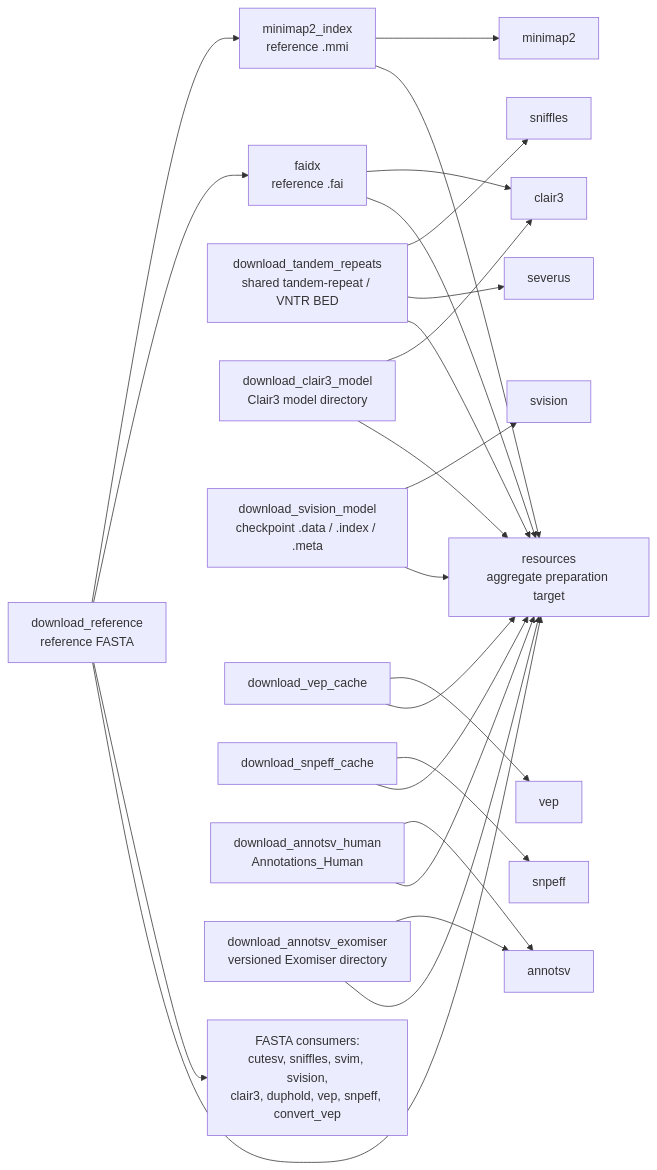
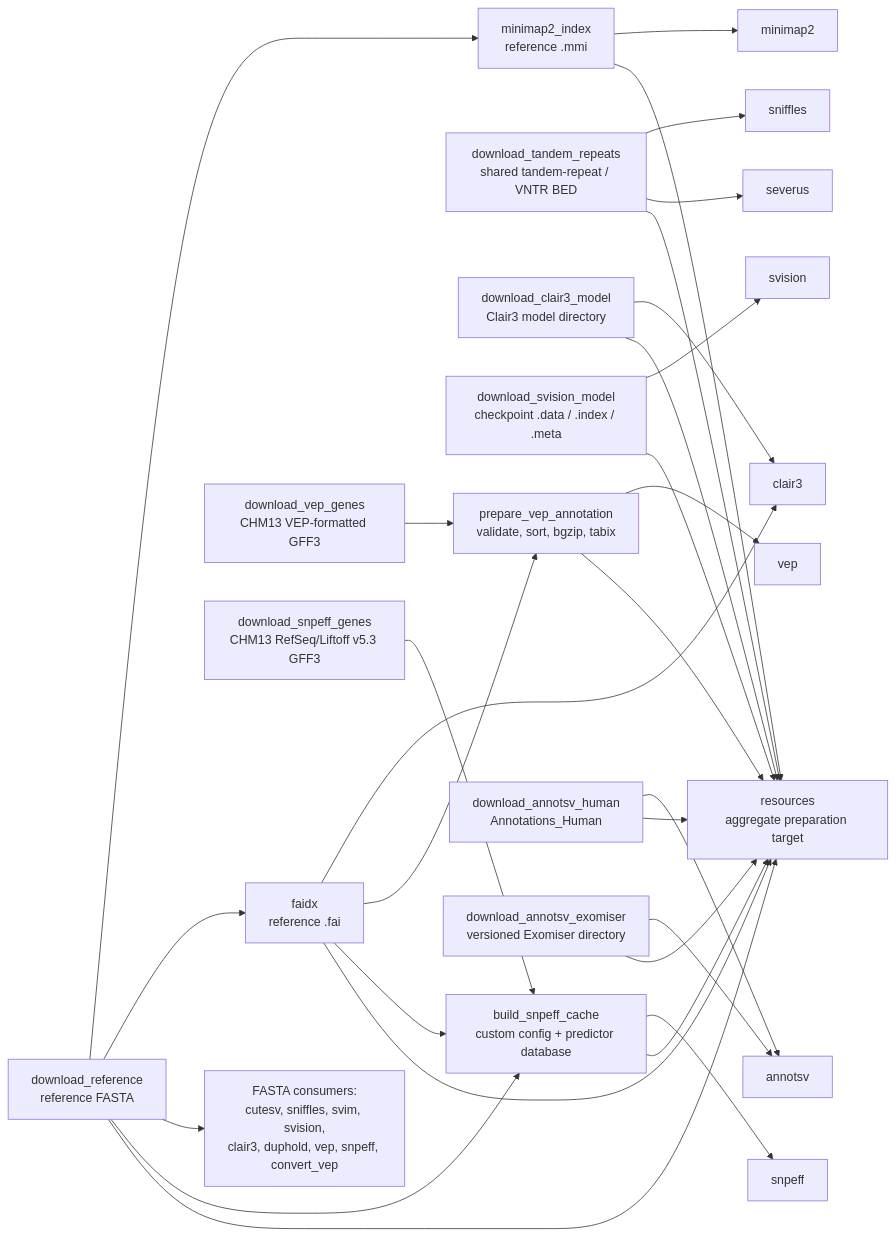
One commit to jasonho1308/smk_sv changed the second of 2 diagrams in docs/workflow-dag.md. Above: the diagram before and after it, drawn with Mermaid. The commit also changed other lines of this file and 46 other files, not shown here.

````diff
--- a/docs/workflow-dag.md
+++ b/docs/workflow-dag.md
@@ -162,47 +162,54 @@
 ```mermaid
 flowchart LR
     download_reference["download_reference<br/>reference FASTA"]
     minimap2_index["minimap2_index<br/>reference .mmi"]
     faidx["faidx<br/>reference .fai"]
     download_tandem_repeats["download_tandem_repeats<br/>shared tandem-repeat / VNTR BED"]
     download_clair3_model["download_clair3_model<br/>Clair3 model directory"]
     download_svision_model["download_svision_model<br/>checkpoint .data / .index / .meta"]
-    download_vep_cache["download_vep_cache"]
-    download_snpeff_cache["download_snpeff_cache"]
+    download_vep_genes["download_vep_genes<br/>CHM13 VEP-formatted GFF3"]
+    prepare_vep_annotation["prepare_vep_annotation<br/>validate, sort, bgzip, tabix"]
+    download_snpeff_genes["download_snpeff_genes<br/>CHM13 RefSeq/Liftoff v5.3 GFF3"]
+    build_snpeff_cache["build_snpeff_cache<br/>custom config + predictor database"]
     download_annotsv_human["download_annotsv_human<br/>Annotations_Human"]
     download_annotsv_exomiser["download_annotsv_exomiser<br/>versioned Exomiser directory"]
 
     minimap2["minimap2"]
     reference_users["FASTA consumers:<br/>cutesv, sniffles, svim, svision,<br/>clair3, duphold, vep, snpeff, convert_vep"]
     clair3["clair3"]
     sniffles["sniffles"]
     severus["severus"]
     svision["svision"]
     vep["vep"]
     snpeff["snpeff"]
     annotsv["annotsv"]
     resources["resources<br/>aggregate preparation target"]
 
     download_reference --> minimap2_index --> minimap2
     download_reference --> faidx --> clair3
     download_reference --> reference_users
     download_clair3_model --> clair3
     download_svision_model --> svision
     download_tandem_repeats --> sniffles
     download_tandem_repeats --> severus
-    download_vep_cache --> vep
-    download_snpeff_cache --> snpeff
+    download_vep_genes --> prepare_vep_annotation
+    faidx --> prepare_vep_annotation
+    prepare_vep_annotation --> vep
+    download_reference --> build_snpeff_cache
+    faidx --> build_snpeff_cache
+    download_snpeff_genes --> build_snpeff_cache
+    build_snpeff_cache --> snpeff
     download_annotsv_human --> annotsv
     download_annotsv_exomiser --> annotsv
 
     download_reference --> resources
     minimap2_index --> resources
     faidx --> resources
     download_tandem_repeats --> resources
     download_clair3_model --> resources
     download_svision_model --> resources
-    download_vep_cache --> resources
-    download_snpeff_cache --> resources
+    prepare_vep_annotation --> resources
+    build_snpeff_cache --> resources
     download_annotsv_human --> resources
     download_annotsv_exomiser --> resources
 ```
````
